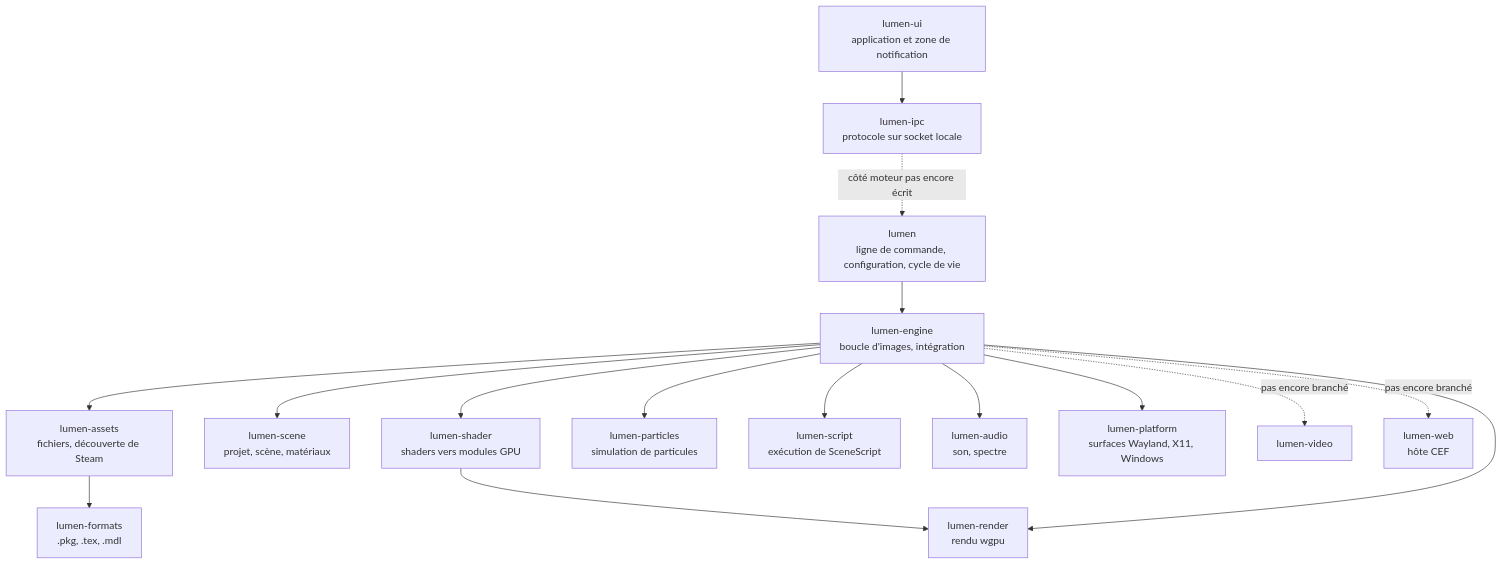
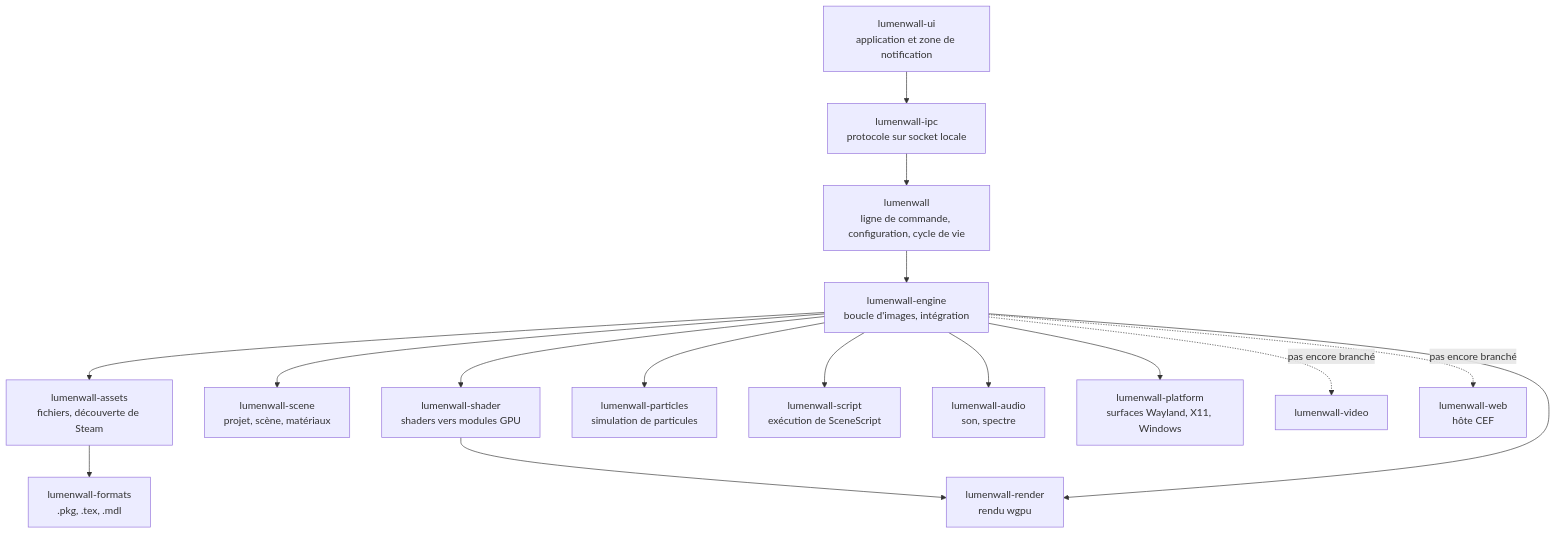
One commit to simnJS/lumenwall changed the diagram in README.fr.md. Above: the diagram before and after it, drawn with Mermaid. The commit also changed other lines of this file and 598 other files, not shown here.

````diff
--- a/README.fr.md
+++ b/README.fr.md
@@ -197,18 +197,18 @@
 ```mermaid
 flowchart TB
-    ui["lumen-ui<br/>application et zone de notification"] --> ipc["lumen-ipc<br/>protocole sur socket locale"]
-    ipc -. "côté moteur pas encore écrit" .-> cli["lumen<br/>ligne de commande, configuration, cycle de vie"]
-    cli --> engine["lumen-engine<br/>boucle d'images, intégration"]
-    engine --> assets["lumen-assets<br/>fichiers, découverte de Steam"]
-    assets --> formats["lumen-formats<br/>.pkg, .tex, .mdl"]
-    engine --> scene["lumen-scene<br/>projet, scène, matériaux"]
-    engine --> shader["lumen-shader<br/>shaders vers modules GPU"]
-    shader --> render["lumen-render<br/>rendu wgpu"]
+    ui["lumenwall-ui<br/>application et zone de notification"] --> ipc["lumenwall-ipc<br/>protocole sur socket locale"]
+    ipc --> cli["lumenwall<br/>ligne de commande, configuration, cycle de vie"]
+    cli --> engine["lumenwall-engine<br/>boucle d'images, intégration"]
+    engine --> assets["lumenwall-assets<br/>fichiers, découverte de Steam"]
+    assets --> formats["lumenwall-formats<br/>.pkg, .tex, .mdl"]
+    engine --> scene["lumenwall-scene<br/>projet, scène, matériaux"]
+    engine --> shader["lumenwall-shader<br/>shaders vers modules GPU"]
+    shader --> render["lumenwall-render<br/>rendu wgpu"]
     engine --> render
-    engine --> particles["lumen-particles<br/>simulation de particules"]
-    engine --> script["lumen-script<br/>exécution de SceneScript"]
-    engine --> audio["lumen-audio<br/>son, spectre"]
-    engine --> platform["lumen-platform<br/>surfaces Wayland, X11, Windows"]
-    engine -. "pas encore branché" .-> video["lumen-video"]
-    engine -. "pas encore branché" .-> web["lumen-web<br/>hôte CEF"]
+    engine --> particles["lumenwall-particles<br/>simulation de particules"]
+    engine --> script["lumenwall-script<br/>exécution de SceneScript"]
+    engine --> audio["lumenwall-audio<br/>son, spectre"]
+    engine --> platform["lumenwall-platform<br/>surfaces Wayland, X11, Windows"]
+    engine -. "pas encore branché" .-> video["lumenwall-video"]
+    engine -. "pas encore branché" .-> web["lumenwall-web<br/>hôte CEF"]
 ```
````
